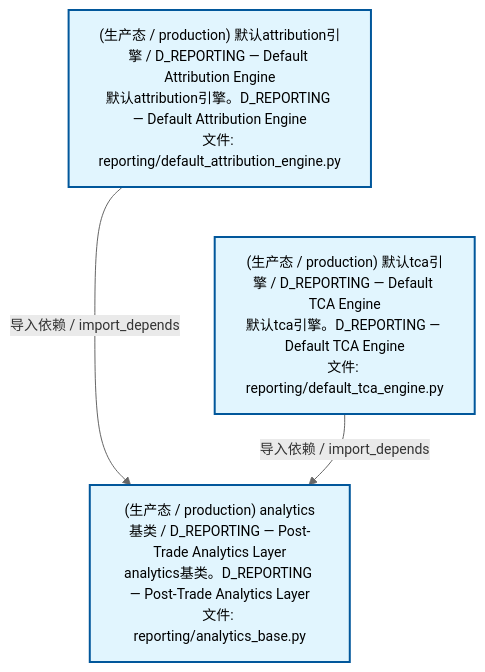
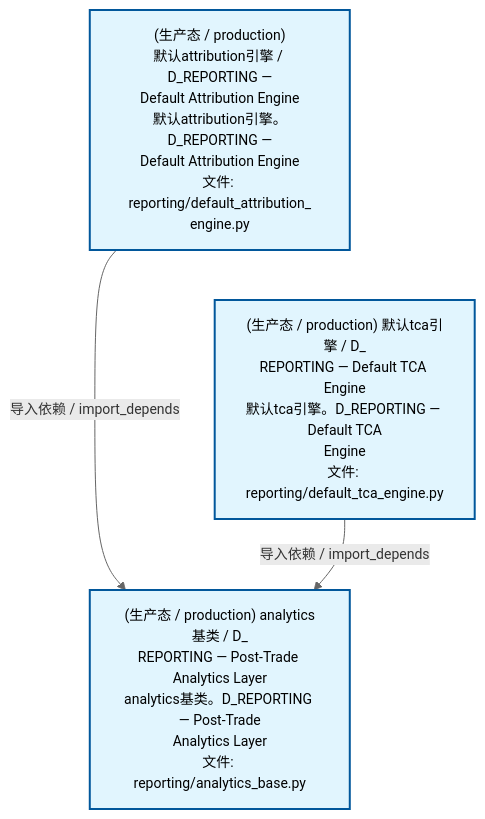
One commit to xuanFelixVan/ZephyrAlpha changed the second of 4 diagrams in docs/02_enterprise_architecture/02_domain_architecture_docs/26_d_reporting.md. Above: the diagram before and after it, drawn with Mermaid. The commit also changed other lines of this file and 59 other files, not shown here.

````diff
--- a/docs/02_enterprise_architecture/02_domain_architecture_docs/26_d_reporting.md
+++ b/docs/02_enterprise_architecture/02_domain_architecture_docs/26_d_reporting.md
@@ -117,15 +117,15 @@
 ```mermaid
 %%{init: {'theme': 'base', 'themeVariables': {'primaryColor': '#eaeaea', 'primaryTextColor': '#333333', 'primaryBorderColor': '#666666', 'lineColor': '#666666', 'secondaryColor': '#eaeaea', 'tertiaryColor': '#eaeaea', 'fontSize': '14px'}}}%%
 flowchart TD
-    src_zephyr_reporting_default_attribution_engine_py["(生产态 / production) 默认attribution引擎 / D_REPORTING — Default Attribution Engine<br/>默认attribution引擎。D_REPORTING — Default Attribution Engine<br/>文件: reporting/default_attribution_engine.py"]
-    src_zephyr_reporting_default_tca_engine_py["(生产态 / production) 默认tca引擎 / D_REPORTING — Default TCA Engine<br/>默认tca引擎。D_REPORTING — Default TCA Engine<br/>文件: reporting/default_tca_engine.py"]
+    src_zephyr_reporting_default_attribution_engine_py["(生产态 / production)<br/>默认attribution引擎 / D_REPORTING —<br/>Default Attribution Engine<br/>默认attribution引擎。D_REPORTING —<br/>Default Attribution Engine<br/>文件: reporting/default_attribution_<br/>engine.py"]
+    src_zephyr_reporting_default_tca_engine_py["(生产态 / production) 默认tca引擎 / D_<br/>REPORTING — Default TCA Engine<br/>默认tca引擎。D_REPORTING — Default TCA<br/>Engine<br/>文件: reporting/default_tca_engine.py"]
     src_zephyr_reporting_default_attribution_engine_py ~~~ src_zephyr_reporting_default_tca_engine_py
-    src_zephyr_reporting_analytics_base_py["(生产态 / production) analytics基类 / D_REPORTING — Post-Trade Analytics Layer<br/>analytics基类。D_REPORTING — Post-Trade Analytics Layer<br/>文件: reporting/analytics_base.py"]
+    src_zephyr_reporting_analytics_base_py["(生产态 / production) analytics基类 / D_<br/>REPORTING — Post-Trade Analytics Layer<br/>analytics基类。D_REPORTING — Post-Trade<br/>Analytics Layer<br/>文件: reporting/analytics_base.py"]
     src_zephyr_reporting_default_attribution_engine_py -->|导入依赖 / import_depends| src_zephyr_reporting_analytics_base_py
     src_zephyr_reporting_default_tca_engine_py -->|导入依赖 / import_depends| src_zephyr_reporting_analytics_base_py
     classDef production fill:#e1f5fe,stroke:#01579b,stroke-width:2px,color:#000
     classDef design fill:#fff3e0,stroke:#e65100,stroke-width:2px,color:#000,stroke-dasharray: 5 5
     classDef external_prod fill:#e8f4fd,stroke:#0277bd,stroke-width:1px,color:#000
     classDef external_design fill:#fff8e7,stroke:#ef6c00,stroke-width:1px,color:#000,stroke-dasharray: 5 5
     class src_zephyr_reporting_analytics_base_py,src_zephyr_reporting_default_attribution_engine_py,src_zephyr_reporting_default_tca_engine_py production
 ```
````
